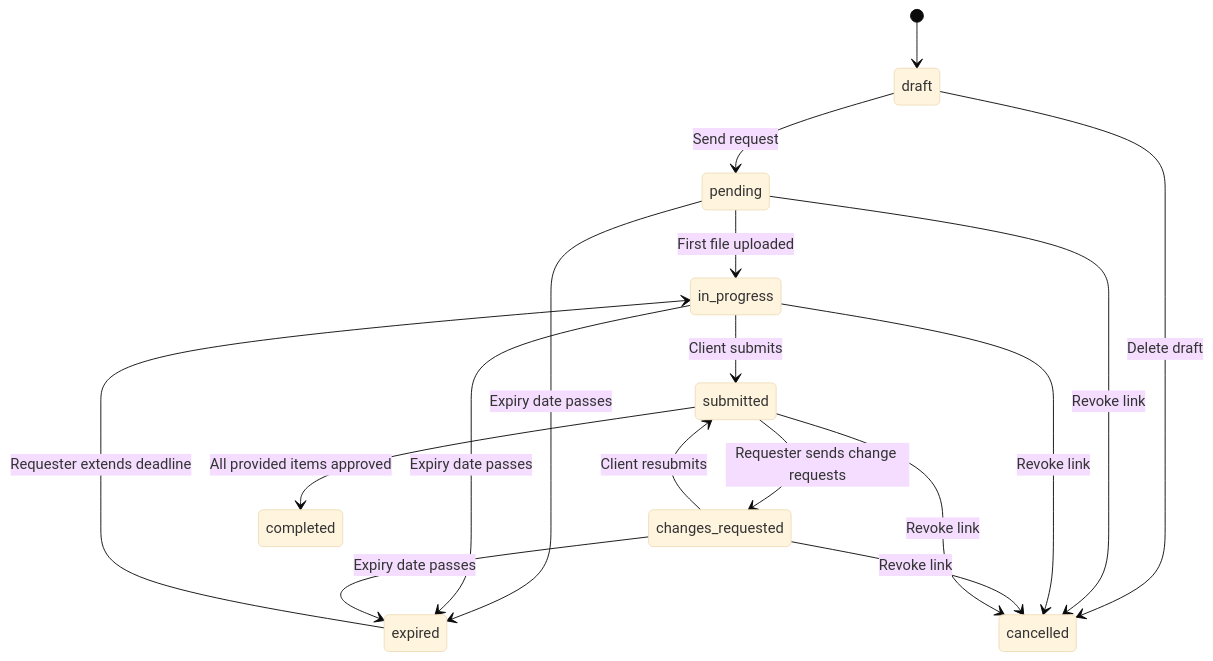
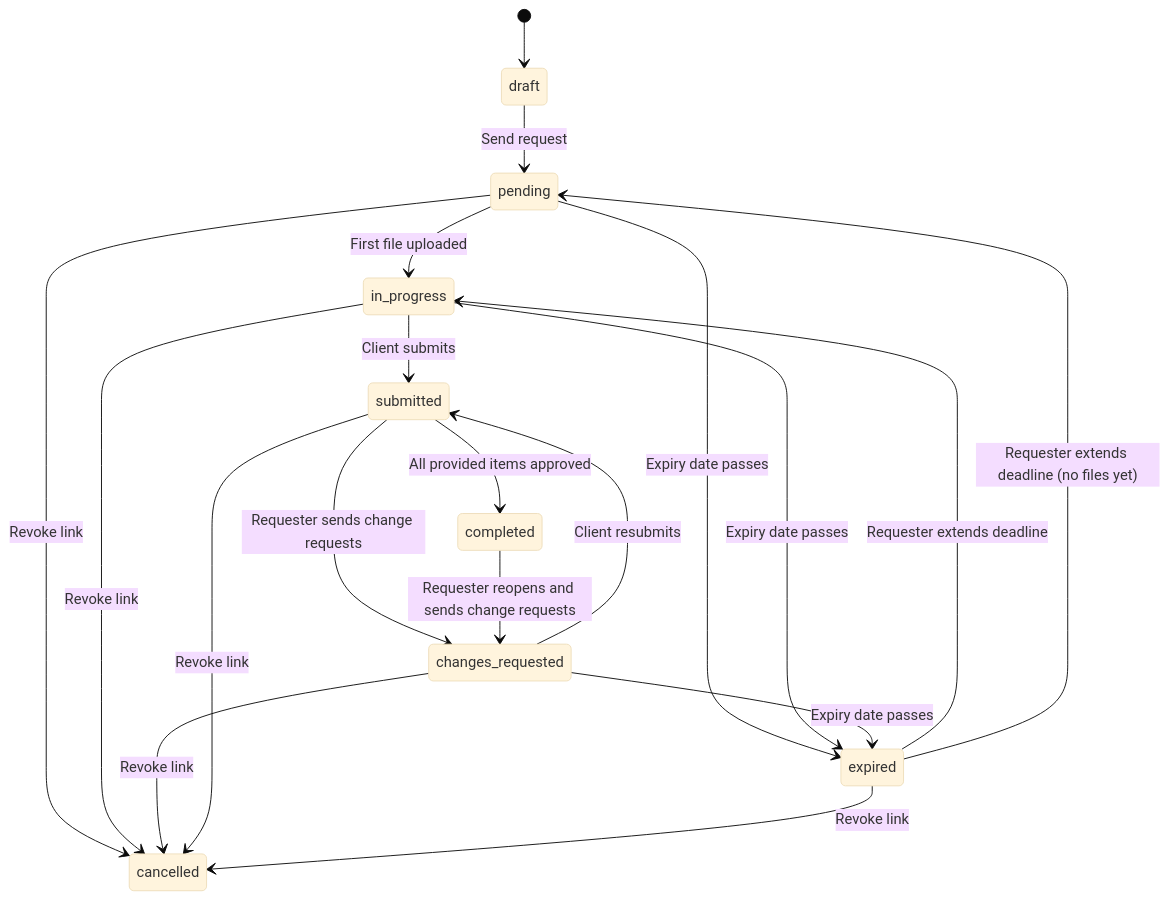
The diagram in MVP.md (Sethu-madhav/DocuLink), drawn with Mermaid (base theme) before and after one commit. The commit also changed other lines of this file and 27 other files, not shown here.

````diff
--- a/MVP.md
+++ b/MVP.md
@@ -132,19 +145,21 @@
 ```mermaid
 stateDiagram-v2
   [*] --> draft
   draft --> pending: Send request
   pending --> in_progress: First file uploaded
   in_progress --> submitted: Client submits
   submitted --> changes_requested: Requester sends change requests
   changes_requested --> submitted: Client resubmits
   submitted --> completed: All provided items approved
+  completed --> changes_requested: Requester reopens and sends change requests
   pending --> expired: Expiry date passes
   in_progress --> expired: Expiry date passes
   changes_requested --> expired: Expiry date passes
   expired --> in_progress: Requester extends deadline
-  draft --> cancelled: Delete draft
+  expired --> pending: Requester extends deadline (no files yet)
   pending --> cancelled: Revoke link
   in_progress --> cancelled: Revoke link
   changes_requested --> cancelled: Revoke link
   submitted --> cancelled: Revoke link
+  expired --> cancelled: Revoke link
 ```
````
